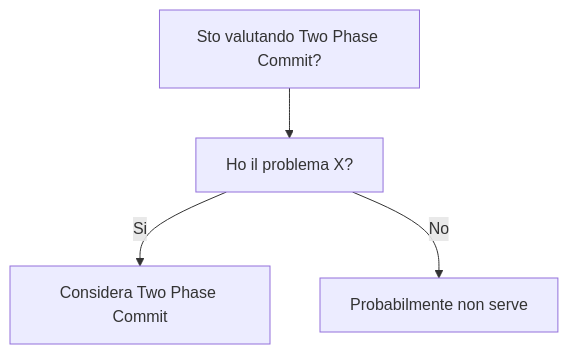
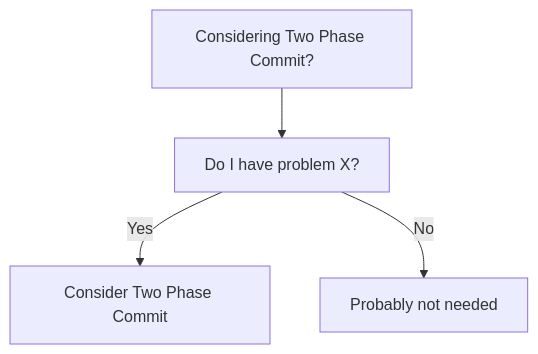
One commit to HxT9/Software-Dev-Wiki changed the diagram in dev-wiki/05_Distributed_Systems/Two_Phase_Commit/When_To_Use.md. Above: the diagram before and after it, drawn with Mermaid. The commit also changed other lines of this file and 3444 other files, not shown here.

````diff
--- a/dev-wiki/05_Distributed_Systems/Two_Phase_Commit/When_To_Use.md
+++ b/dev-wiki/05_Distributed_Systems/Two_Phase_Commit/When_To_Use.md
@@ -19,6 +19,6 @@
 ```mermaid
 flowchart TD
-  Q[Sto valutando Two Phase Commit?] --> Q1[Ho il problema X?]
-  Q1 -->|Si| OK[Considera Two Phase Commit]
-  Q1 -->|No| NO[Probabilmente non serve]
+  Q[Considering Two Phase Commit?] --> Q1[Do I have problem X?]
+  Q1 -->|Yes| OK[Consider Two Phase Commit]
+  Q1 -->|No| NO[Probably not needed]
 ```
````
